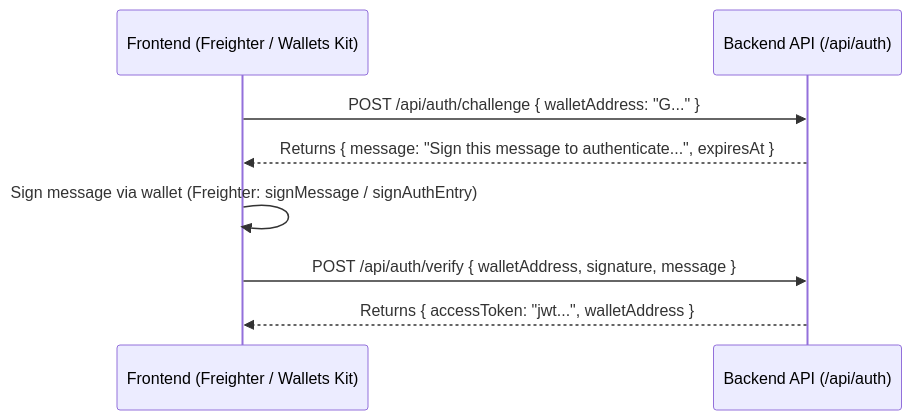
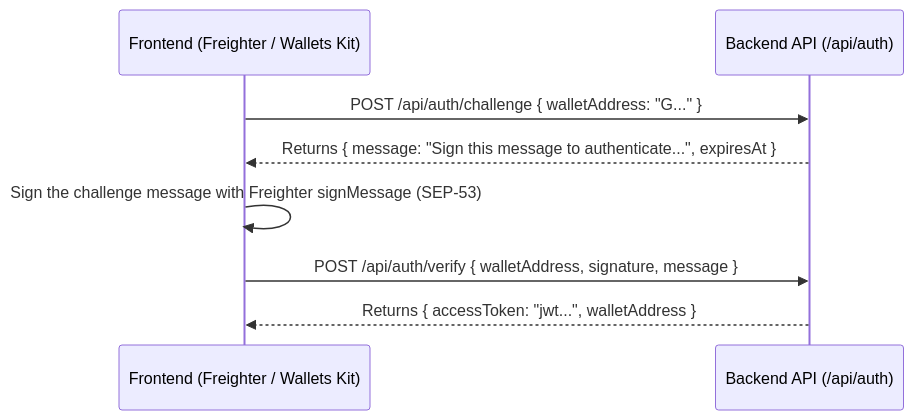
The diagram in HANDSHAKE.md (martins-ngene/savecircle), drawn with Mermaid before and after one commit. The commit also changed other lines of this file and 68 other files, not shown here.

````diff
--- a/HANDSHAKE.md
+++ b/HANDSHAKE.md
@@ -31,11 +32,11 @@
 ```mermaid
 sequenceDiagram
     participant FE as Frontend (Freighter / Wallets Kit)
     participant BE as Backend API (/api/auth)
 
     FE->>BE: POST /api/auth/challenge { walletAddress: "G..." }
     BE-->>FE: Returns { message: "Sign this message to authenticate...", expiresAt }
-    FE->>FE: Sign message via wallet (Freighter: signMessage / signAuthEntry)
+    FE->>FE: Sign the challenge message with Freighter signMessage (SEP-53)
     FE->>BE: POST /api/auth/verify { walletAddress, signature, message }
     BE-->>FE: Returns { accessToken: "jwt...", walletAddress }
 ```
````
